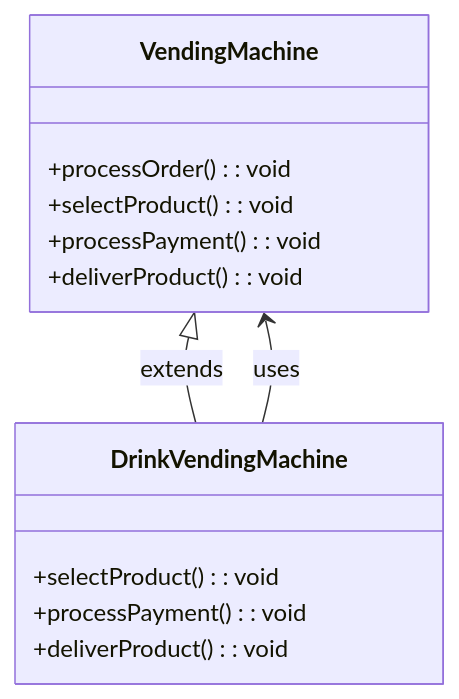
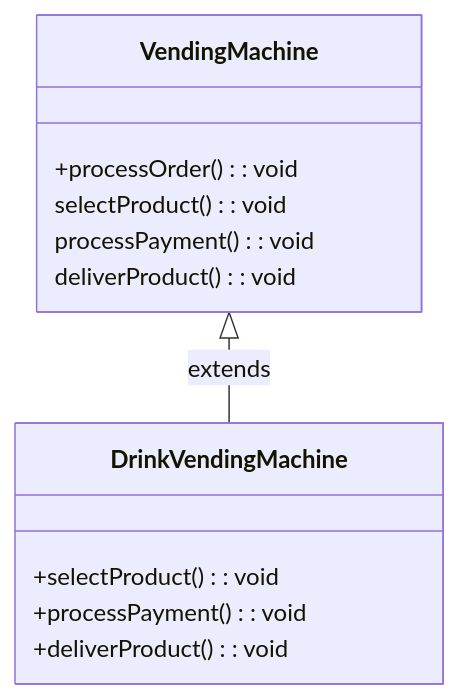
Diagram 12 of 12 in Lab Work №6/docs/README.md (k0perX-X/HSE_PAPS), drawn with Mermaid before and after one commit. The commit also changed other lines of this file, not shown here.

````diff
--- a/Lab Work №6/docs/README.md
+++ b/Lab Work №6/docs/README.md
@@ -849,19 +868,17 @@
 ```mermaid
 classDiagram
     class VendingMachine {
         +processOrder(): void
-        +selectProduct(): void
-        +processPayment(): void
-        +deliverProduct(): void
+        selectProduct(): void
+        processPayment(): void
+        deliverProduct(): void
     }
 
     class DrinkVendingMachine {
         +selectProduct(): void
         +processPayment(): void
         +deliverProduct(): void
     }
 
     VendingMachine <|-- DrinkVendingMachine : extends
-
-    VendingMachine <-- DrinkVendingMachine : uses
 ```
````
